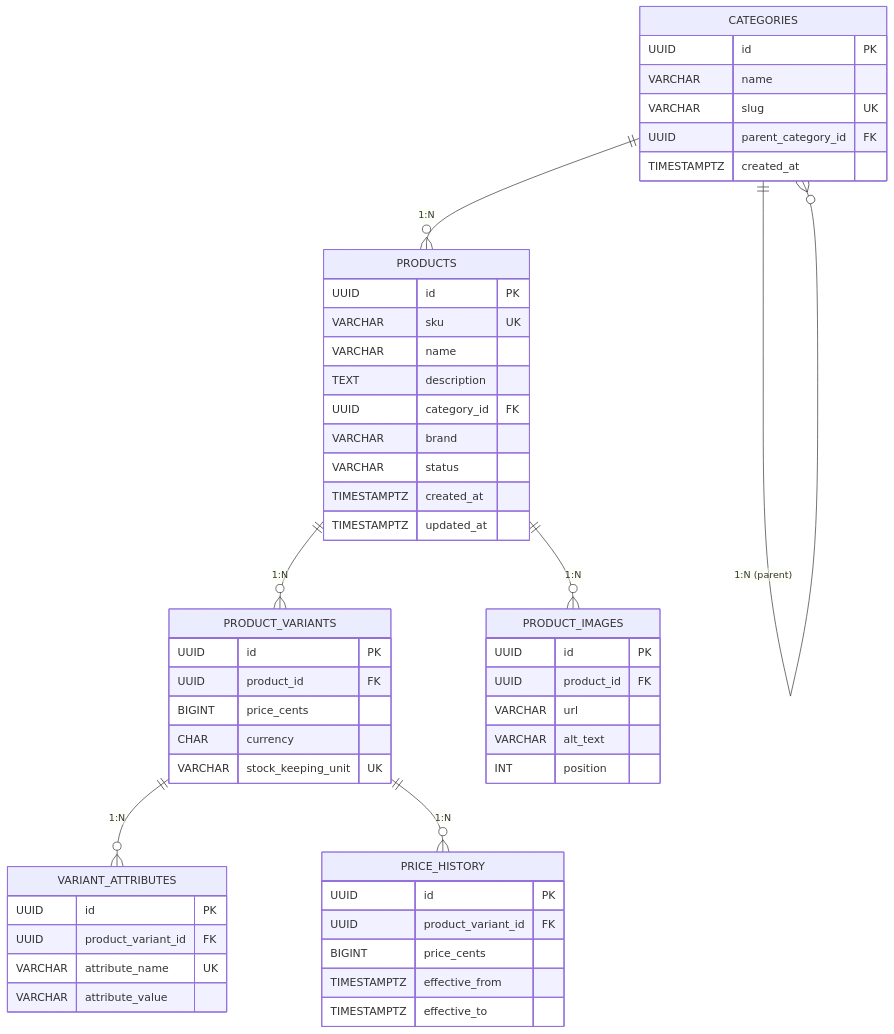
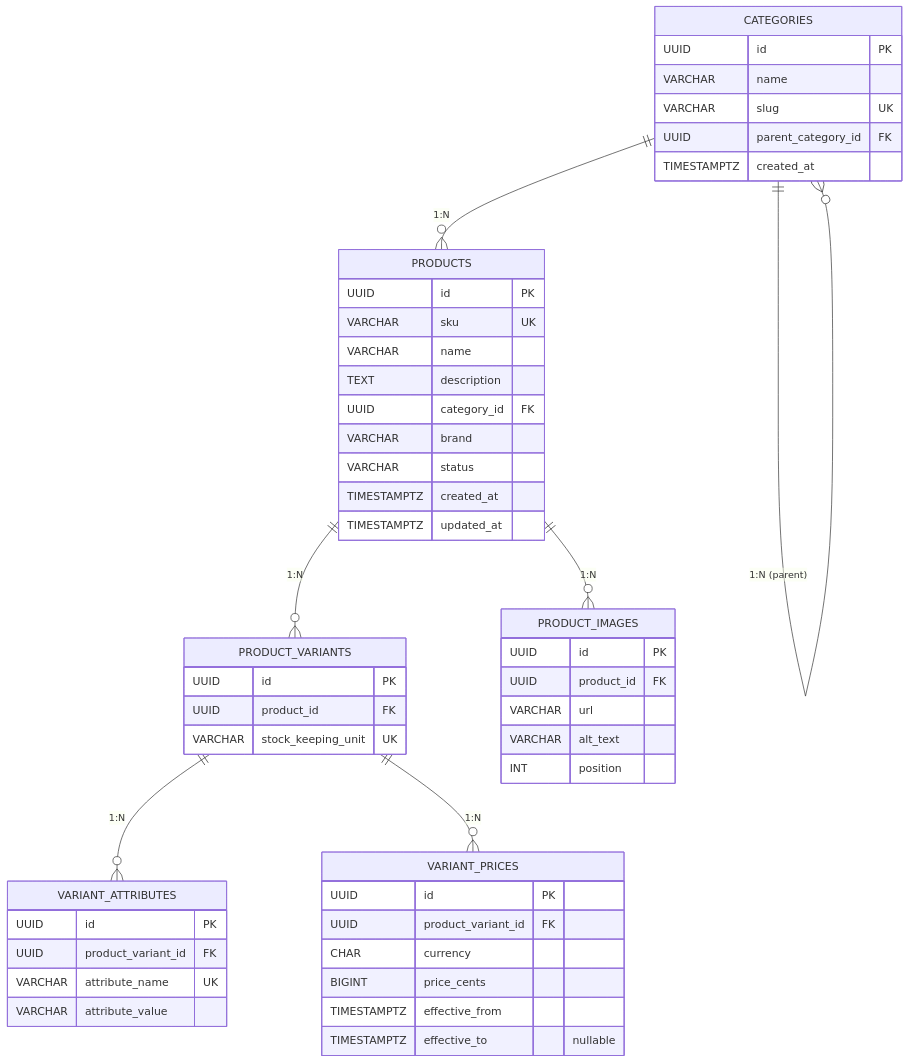
Before and after one commit to FelipeB4C/orbitcommerce: the seventh of 17 diagrams in docs/architecture/OrbitCommerce-Arquitetura-Obsidian.md, drawn with Mermaid. The commit also changed other lines of this file and 4 other files, not shown here.

Commit message:
Adjusting price history

````diff
--- a/docs/architecture/OrbitCommerce-Arquitetura-Obsidian.md
+++ b/docs/architecture/OrbitCommerce-Arquitetura-Obsidian.md
@@ -748,60 +767,59 @@
 ```mermaid
 erDiagram
     CATEGORIES ||--o{ CATEGORIES : "1:N (parent)"
     CATEGORIES ||--o{ PRODUCTS : "1:N"
     PRODUCTS ||--o{ PRODUCT_VARIANTS : "1:N"
     PRODUCT_VARIANTS ||--o{ VARIANT_ATTRIBUTES : "1:N"
     PRODUCTS ||--o{ PRODUCT_IMAGES : "1:N"
-    PRODUCT_VARIANTS ||--o{ PRICE_HISTORY : "1:N"
+    PRODUCT_VARIANTS ||--o{ VARIANT_PRICES : "1:N"
 
     CATEGORIES {
         UUID id PK
         VARCHAR name
         VARCHAR slug UK
         UUID parent_category_id FK
         TIMESTAMPTZ created_at
     }
 
     PRODUCTS {
         UUID id PK
         VARCHAR sku UK
         VARCHAR name
         TEXT description
         UUID category_id FK
         VARCHAR brand
         VARCHAR status
         TIMESTAMPTZ created_at
         TIMESTAMPTZ updated_at
     }
 
     PRODUCT_VARIANTS {
         UUID id PK
         UUID product_id FK
-        BIGINT price_cents
-        CHAR currency
         VARCHAR stock_keeping_unit UK
     }
 
     VARIANT_ATTRIBUTES {
         UUID id PK
         UUID product_variant_id FK
         VARCHAR attribute_name UK
         VARCHAR attribute_value
     }
 
     PRODUCT_IMAGES {
         UUID id PK
         UUID product_id FK
         VARCHAR url
         VARCHAR alt_text
         INT position
     }
 
-    PRICE_HISTORY {
+    VARIANT_PRICES {
         UUID id PK
         UUID product_variant_id FK
+        CHAR currency
         BIGINT price_cents
         TIMESTAMPTZ effective_from
-        TIMESTAMPTZ effective_to
+        TIMESTAMPTZ effective_to "nullable"
     }
 ```
````
